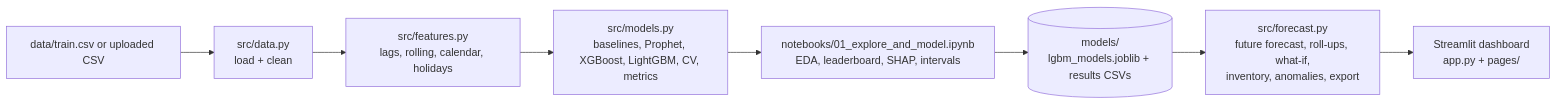
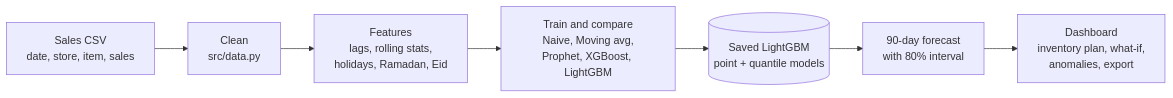
The diagram in README.md (kinzaamjad35-dev/sales-forecaster), drawn with Mermaid before and after one commit. The commit also changed other lines of this file and 31 other files, not shown here.

Commit message:
Redesign README with banner, badges, demo GIF, charts and screenshots; remove emojis from app

````diff
--- a/README.md
+++ b/README.md
@@ -91,10 +74,9 @@
 ```mermaid
 flowchart LR
-    A[data/train.csv or uploaded CSV] --> B[src/data.py<br/>load + clean]
-    B --> C[src/features.py<br/>lags, rolling, calendar, holidays]
-    C --> D[src/models.py<br/>baselines, Prophet, XGBoost, LightGBM, CV, metrics]
-    D --> E[notebooks/01_explore_and_model.ipynb<br/>EDA, leaderboard, SHAP, intervals]
-    E --> F[(models/<br/>lgbm_models.joblib + results CSVs)]
-    F --> G[src/forecast.py<br/>future forecast, roll-ups, what-if,<br/>inventory, anomalies, export]
-    G --> H[Streamlit dashboard<br/>app.py + pages/]
+    A[Sales CSV<br/>date, store, item, sales] --> B[Clean<br/>src/data.py]
+    B --> C[Features<br/>lags, rolling stats,<br/>holidays, Ramadan, Eid]
+    C --> D[Train and compare<br/>Naive, Moving avg,<br/>Prophet, XGBoost, LightGBM]
+    D --> E[(Saved LightGBM<br/>point + quantile models)]
+    E --> F[90-day forecast<br/>with 80% interval]
+    F --> G[Dashboard<br/>inventory plan, what-if,<br/>anomalies, export]
 ```
````
